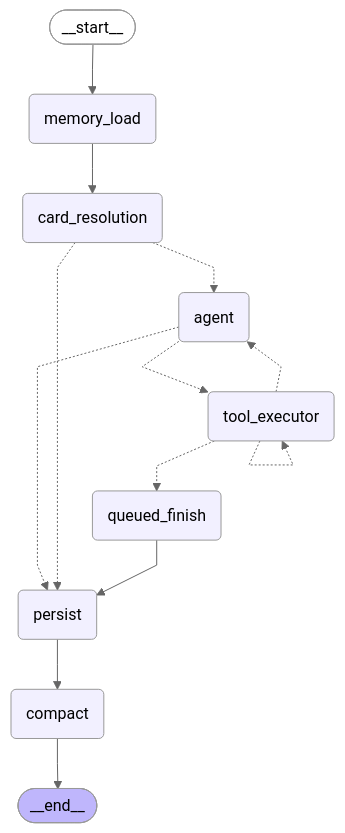
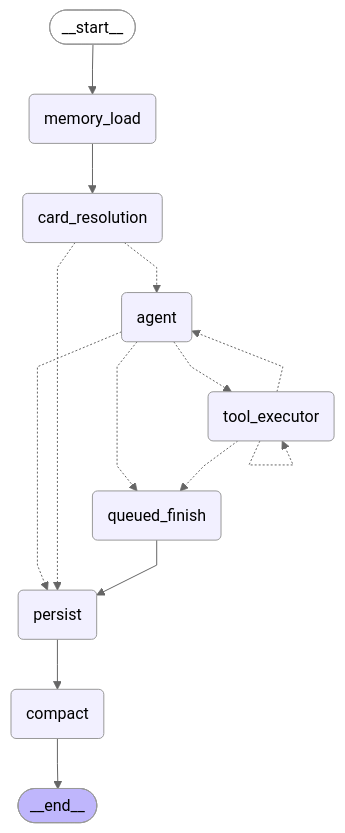
The diagram in docs/architecture/generated/05_agent_graph.md (muppas1m/Jarvis), drawn with Mermaid (neutral theme) before and after one commit. The commit also changed 7 other files, not shown here.

Commit message:
agent: A1 natural agentic loop — round ends on nothing-to-consume (marker split QUEUED/ALREADY_QUEUED), not all-queued; drift defense is structural; deterministic read-back survives via queued_this_turn (+ red-team fixes 1/4/5, batch-nudge)

````diff
--- a/docs/architecture/generated/05_agent_graph.md
+++ b/docs/architecture/generated/05_agent_graph.md
@@ -9,32 +9,33 @@
 ```mermaid
 ---
 config:
   flowchart:
     curve: linear
 ---
 graph TD;
 	__start__([<p>__start__</p>]):::first
 	memory_load(memory_load)
 	card_resolution(card_resolution)
 	agent(agent)
 	tool_executor(tool_executor)
 	queued_finish(queued_finish)
 	persist(persist)
 	compact(compact)
 	__end__([<p>__end__</p>]):::last
 	__start__ --> memory_load;
 	agent -.-> persist;
+	agent -.-> queued_finish;
 	agent -.-> tool_executor;
 	card_resolution -.-> agent;
 	card_resolution -.-> persist;
 	memory_load --> card_resolution;
 	persist --> compact;
 	queued_finish --> persist;
 	tool_executor -.-> agent;
 	tool_executor -.-> queued_finish;
 	compact --> __end__;
 	tool_executor -.-> tool_executor;
 	classDef default fill:#f2f0ff,line-height:1.2
 	classDef first fill-opacity:0
 	classDef last fill:#bfb6fc
 ```
````
